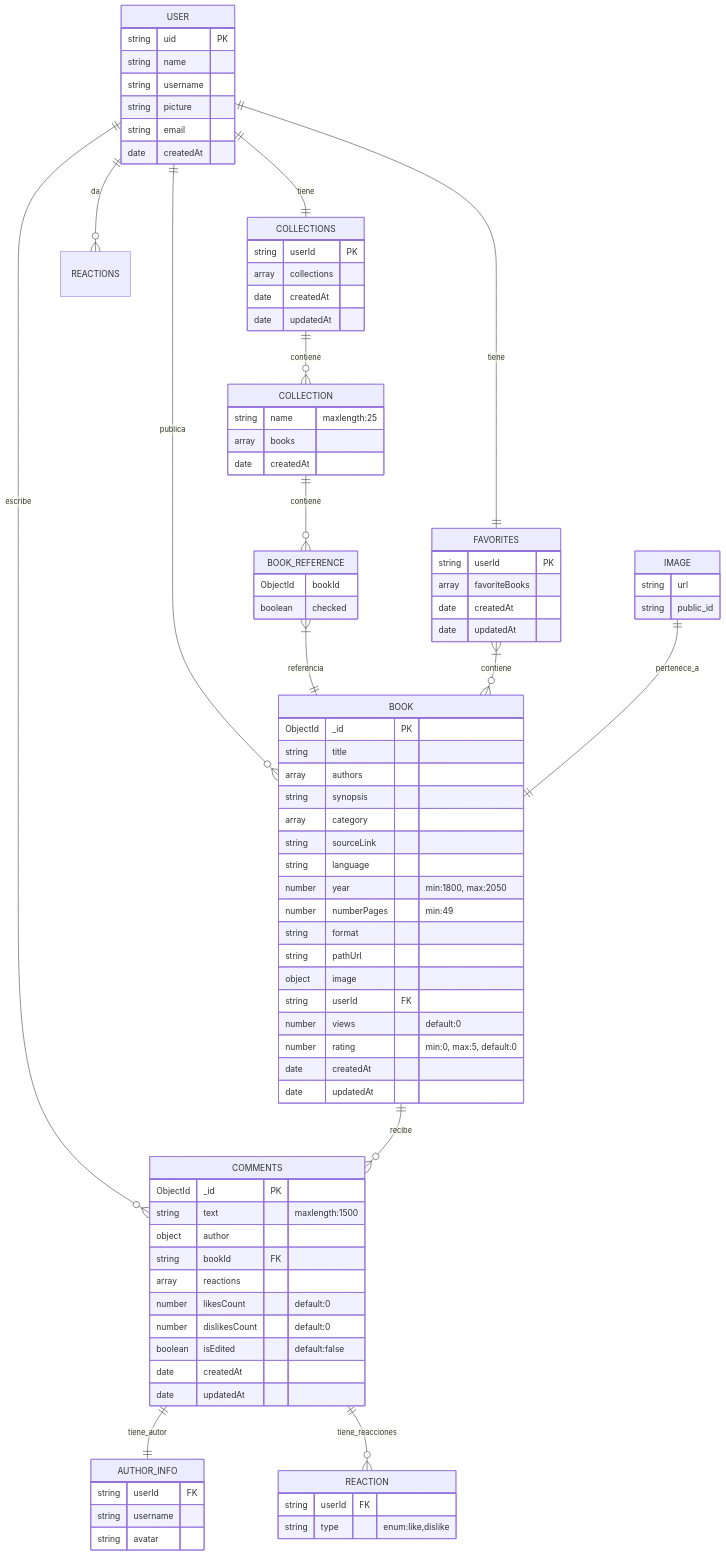
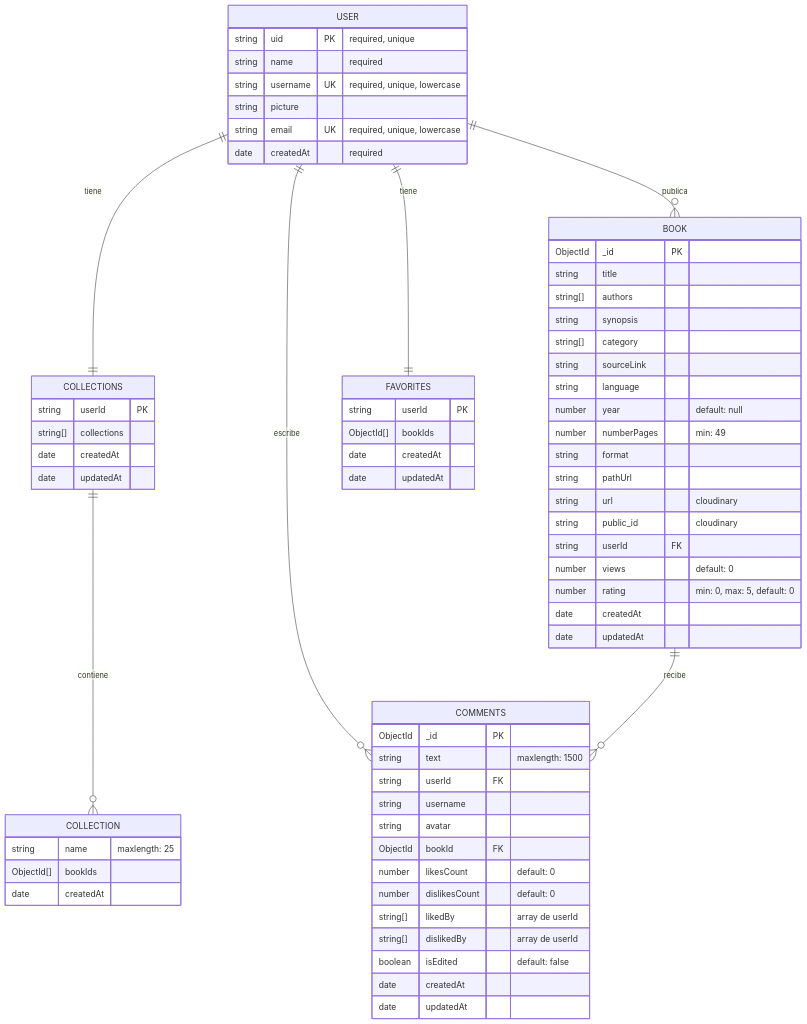
Before and after one commit to Franqsanz/xbu-api: the diagram in README.md, drawn with Mermaid. The commit also changed other lines of this file and 9 other files, not shown here.

````diff
--- a/README.md
+++ b/README.md
@@ -25,86 +25,66 @@
     USER ||--o{ BOOK : publica
     USER ||--|| FAVORITES : tiene
     USER ||--o{ COMMENTS : escribe
-    USER ||--o{ REACTIONS : da
     USER {
-        string uid PK
-        string name
-        string username
+        string uid PK "required, unique"
+        string name "required"
+        string username UK "required, unique, lowercase"
         string picture
-        string email
+        string email UK "required, unique, lowercase"
+        date createdAt "required"
+    }
+    BOOK ||--o{ COMMENTS : recibe
+    BOOK {
+        ObjectId _id PK
+        string title
+        string[] authors
+        string synopsis
+        string[] category
+        string sourceLink
+        string language
+        number year "default: null"
+        number numberPages "min: 49"
+        string format
+        string pathUrl
+        string url "cloudinary"
+        string public_id "cloudinary"
+        string userId FK
+        number views "default: 0"
+        number rating "min: 0, max: 5, default: 0"
         date createdAt
+        date updatedAt
     }
     COLLECTIONS {
         string userId PK
-        array collections
+        string[] collections
         date createdAt
         date updatedAt
     }
     COLLECTION {
-        string name "maxlength:25"
-        array books
+        string name "maxlength: 25"
+        ObjectId[] bookIds
         date createdAt
     }
-    BOOK_REFERENCE }|--|| BOOK : referencia
-    BOOK_REFERENCE {
-        ObjectId bookId
-        boolean checked
-    }
     COLLECTIONS ||--o{ COLLECTION : contiene
-    COLLECTION ||--o{ BOOK_REFERENCE : contiene
     FAVORITES {
         string userId PK
-        array favoriteBooks
+        ObjectId[] bookIds
         date createdAt
         date updatedAt
     }
-    FAVORITES }|--o{ BOOK : contiene
-    BOOK ||--o{ COMMENTS : recibe
-    BOOK {
+    COMMENTS {
         ObjectId _id PK
-        string title
-        array authors
-        string synopsis
-        array category
-        string sourceLink
-        string language
-        number year "min:1800, max:2050"
-        number numberPages "min:49"
-        string format
-        string pathUrl
-        object image
+        string text "maxlength: 1500"
         string userId FK
-        number views "default:0"
-        number rating "min:0, max:5, default:0"
+        string username
+        string avatar
+        ObjectId bookId FK
+        number likesCount "default: 0"
+        number dislikesCount "default: 0"
+        string[] likedBy "array de userId"
+        string[] dislikedBy "array de userId"
+        boolean isEdited "default: false"
         date createdAt
         date updatedAt
     }
-    IMAGE ||--|| BOOK : pertenece_a
-    IMAGE {
-        string url
-        string public_id
-    }
-    COMMENTS {
-        ObjectId _id PK
-        string text "maxlength:1500"
-        object author
-        string bookId FK
-        array reactions
-        number likesCount "default:0"
-        number dislikesCount "default:0"
-        boolean isEdited "default:false"
-        date createdAt
-        date updatedAt
-    }
-    AUTHOR_INFO {
-        string userId FK
-        string username
-        string avatar
-    }
-    REACTION {
-        string userId FK
-        string type "enum:like,dislike"
-    }
-    COMMENTS ||--|| AUTHOR_INFO : tiene_autor
-    COMMENTS ||--o{ REACTION : tiene_reacciones
 ```
````
